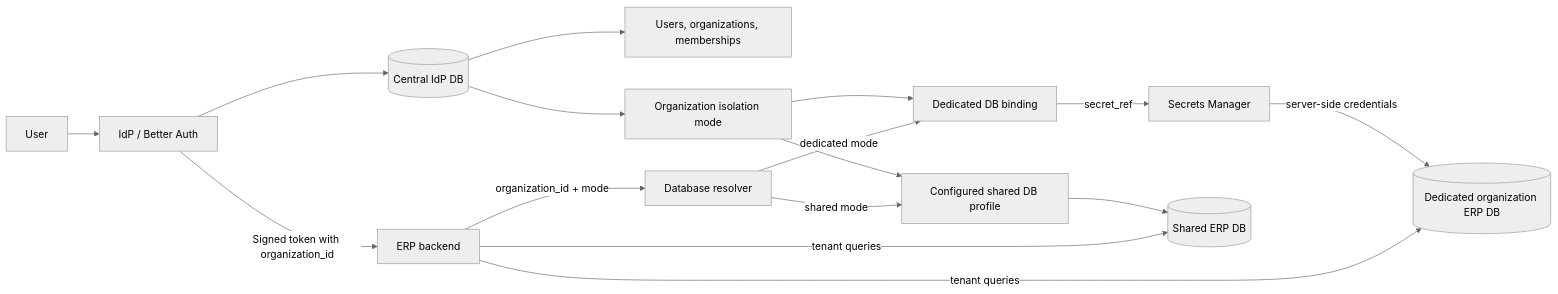
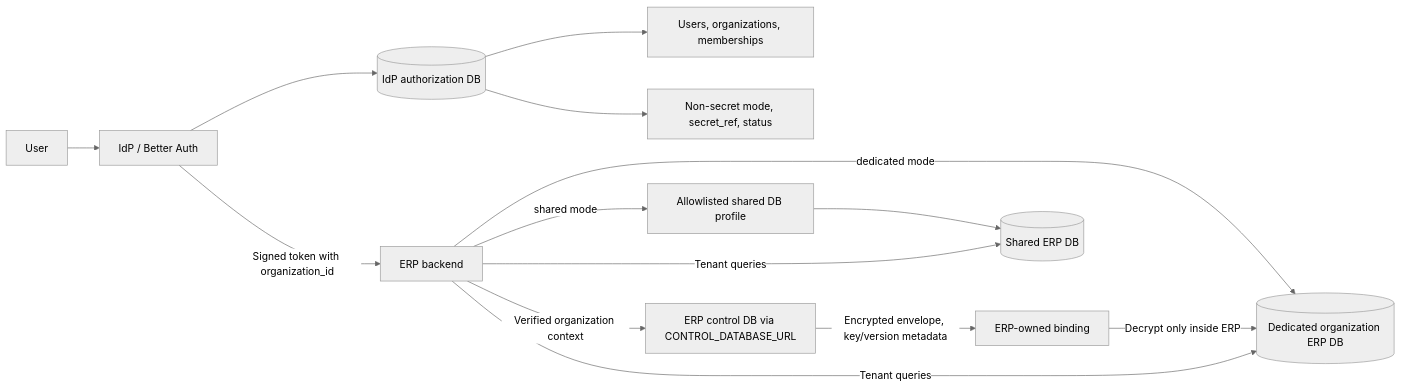
The diagram in ORGANIZATION_PER_TENANT_DATABASE_PLAN.md (logi-x-pair/idp-logixpair), drawn with Mermaid (neutral theme) before and after one commit. The commit also changed other lines of this file, not shown here.

First line of the commit message:
docs(plan): add control/data planes dedicated mode

````diff
--- a/ORGANIZATION_PER_TENANT_DATABASE_PLAN.md
+++ b/ORGANIZATION_PER_TENANT_DATABASE_PLAN.md
@@ -40,20 +48,17 @@
 ```mermaid
 flowchart LR
     User[User] --> IdP[IdP / Better Auth]
-    IdP --> ControlDB[(Central IdP DB)]
-
-    ControlDB --> Identity[Users, organizations, memberships]
-    ControlDB --> Deployment[Organization isolation mode]
-    Deployment --> SharedProfile[Configured shared DB profile]
-    Deployment --> Binding[Dedicated DB binding]
-    Binding -->|secret_ref| Secrets[Secrets Manager]
+    IdP --> IdPDB[(IdP authorization DB)]
+    IdPDB --> Identity[Users, organizations, memberships]
+    IdPDB --> BindingMeta[Non-secret mode, secret_ref, status]
 
     IdP -->|Signed token with organization_id| ERP[ERP backend]
-    ERP -->|organization_id + mode| Resolver[Database resolver]
-    Resolver -->|shared mode| SharedProfile
+    ERP -->|Verified organization context| ERPControl[ERP control DB via CONTROL_DATABASE_URL]
+    ERPControl -->|Encrypted envelope, key/version metadata| Binding[ERP-owned binding]
+    ERP -->|shared mode| SharedProfile[Allowlisted shared DB profile]
     SharedProfile --> SharedDB[(Shared ERP DB)]
-    Resolver -->|dedicated mode| Binding
-    Secrets -->|server-side credentials| DedicatedDB[(Dedicated organization ERP DB)]
-    ERP -->|tenant queries| SharedDB
-    ERP -->|tenant queries| DedicatedDB
+    ERP -->|dedicated mode| TenantDB[(Dedicated organization ERP DB)]
+    Binding -->|Decrypt only inside ERP| TenantDB
+    ERP -->|Tenant queries| SharedDB
+    ERP -->|Tenant queries| TenantDB
 ```
````
